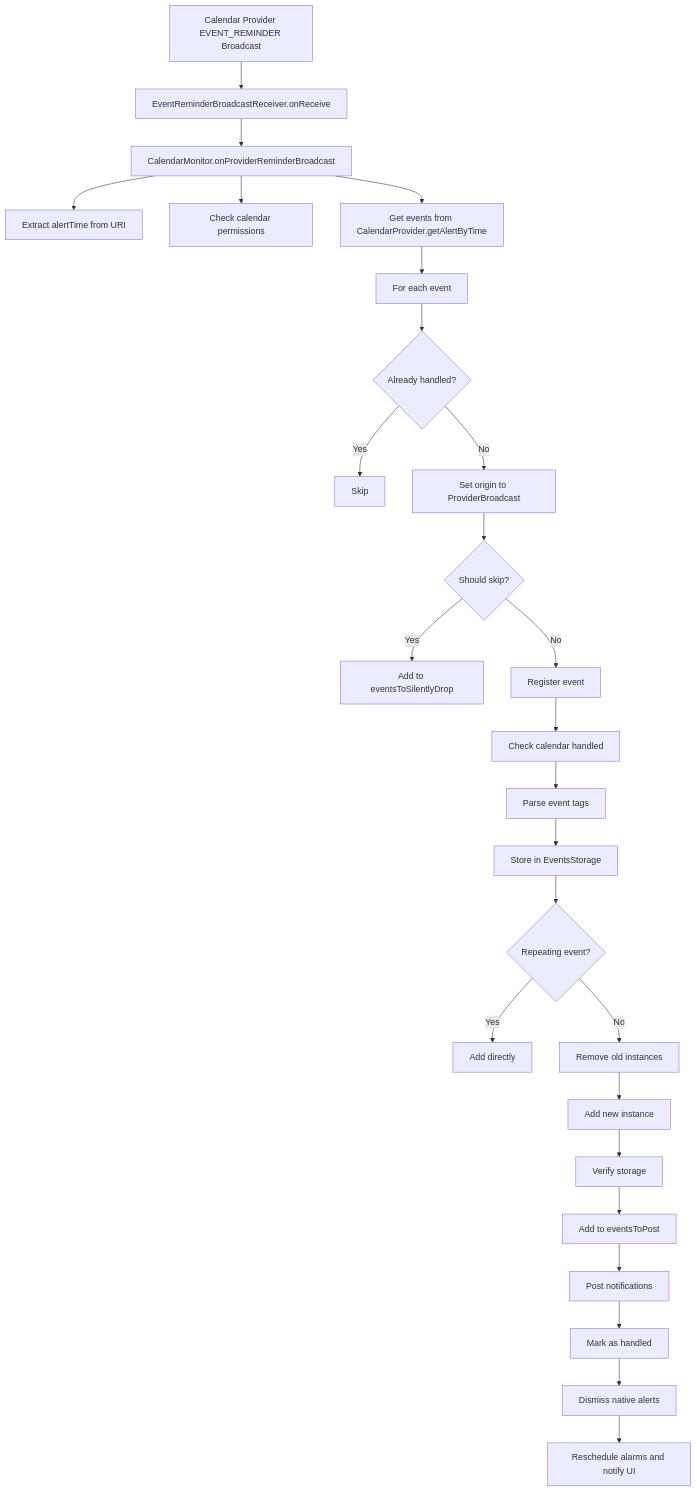
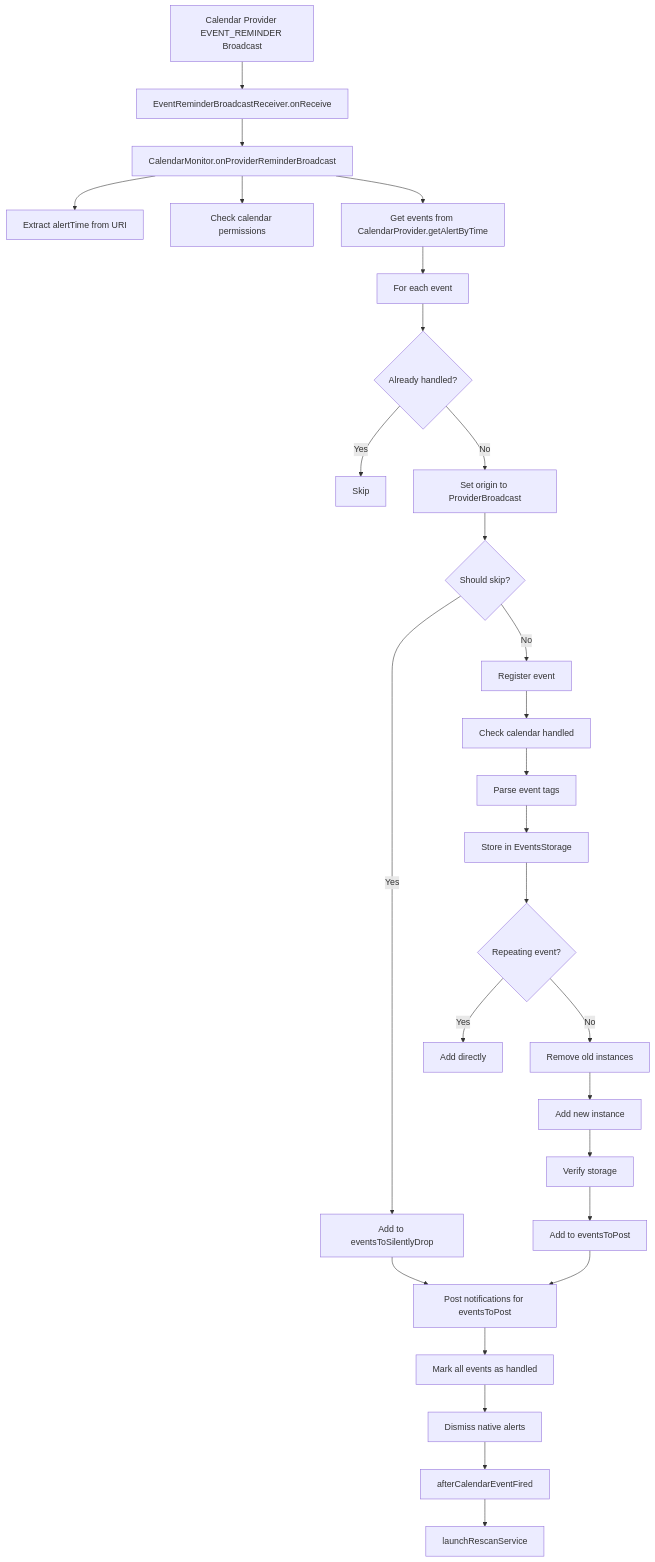
The first of 2 diagrams in docs/architecture/calendar_monitoring.md (williscool/CalendarNotification), drawn with Mermaid before and after one commit. The commit also changed other lines of this file, not shown here.

Commit message:
docs: fix up calendar monitoring

````diff
--- a/docs/architecture/calendar_monitoring.md
+++ b/docs/architecture/calendar_monitoring.md
@@ -56,35 +62,37 @@
-``` mermaid
+```mermaid
 flowchart TD
     A[Calendar Provider EVENT_REMINDER Broadcast] --> B[EventReminderBroadcastReceiver.onReceive]
     B --> C[CalendarMonitor.onProviderReminderBroadcast]
     
     C --> D[Extract alertTime from URI]
     C --> E[Check calendar permissions]
     C --> F[Get events from CalendarProvider.getAlertByTime]
     
     F --> G[For each event]
     G --> H{Already handled?}
     H -->|Yes| I[Skip]
     H -->|No| J[Set origin to ProviderBroadcast]
     
     J --> K{Should skip?}
     K -->|Yes| L[Add to eventsToSilentlyDrop]
     K -->|No| M[Register event]
     
     M --> N[Check calendar handled]
     N --> O[Parse event tags]
     O --> P[Store in EventsStorage]
     
     P --> Q{Repeating event?}
     Q -->|Yes| R[Add directly]
     Q -->|No| S[Remove old instances]
     S --> T[Add new instance]
     
     T --> U[Verify storage]
     U --> V[Add to eventsToPost]
     
-    V --> W[Post notifications]
-    W --> X[Mark as handled]
+    L --> W[Post notifications for eventsToPost]
+    V --> W
+    W --> X[Mark all events as handled]
     X --> Y[Dismiss native alerts]
-    Y --> Z[Reschedule alarms and notify UI]
+    Y --> Z[afterCalendarEventFired]
+    Z --> AA[launchRescanService]
 ```
````
